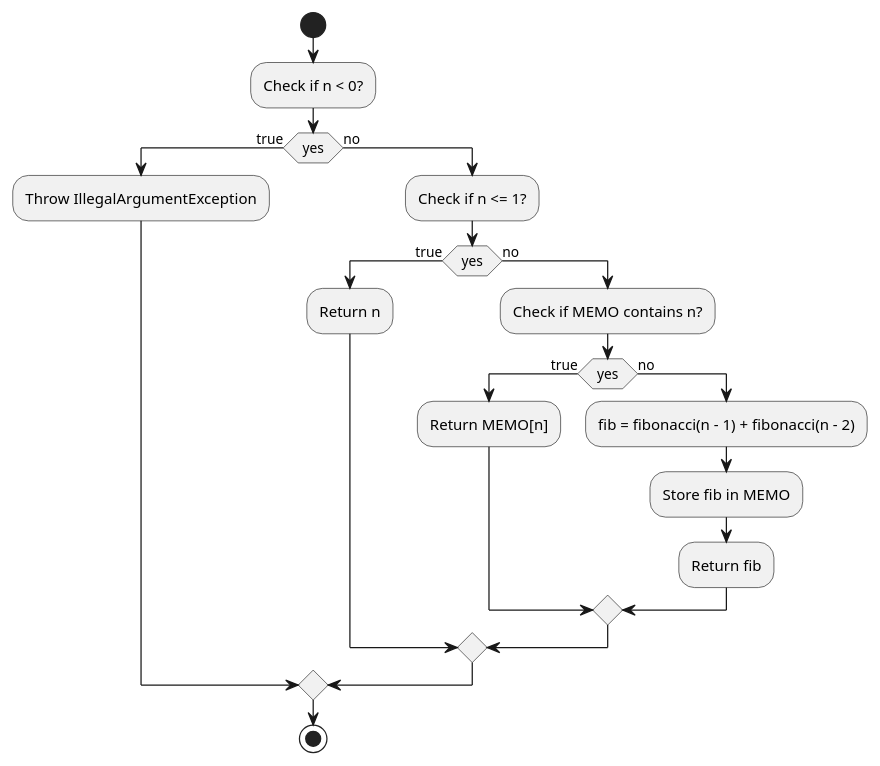
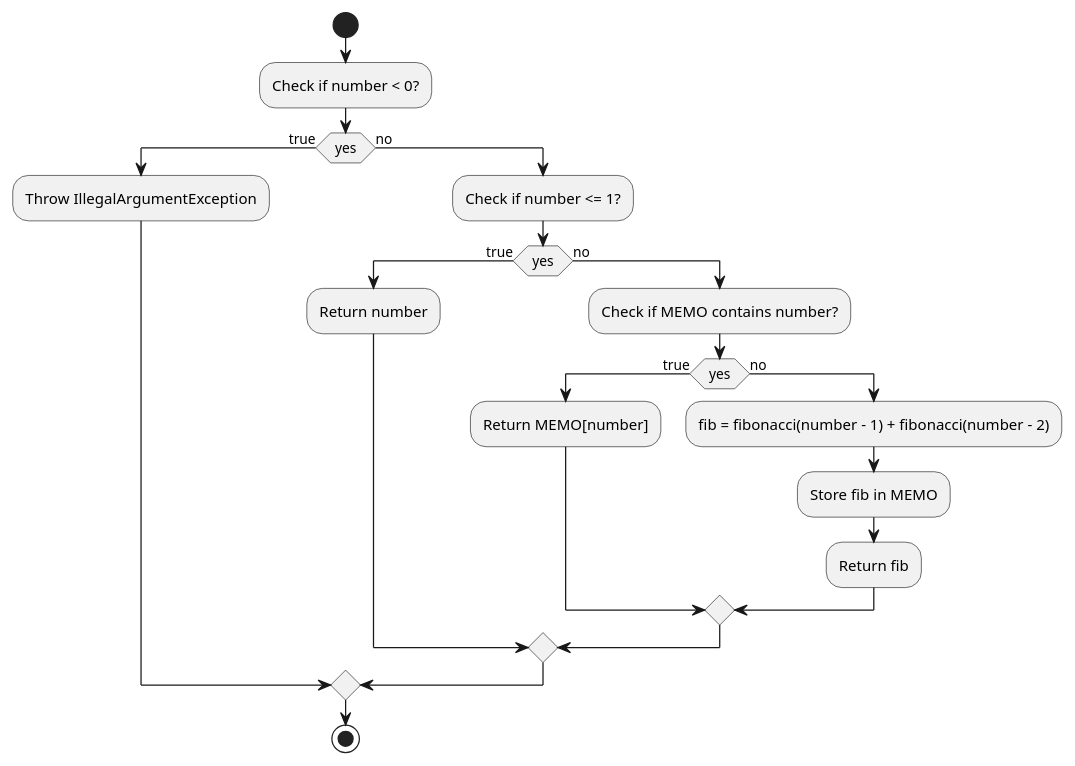
The diagram in diagrams/activity_diagrams/fibonacci_dp.puml (andriiiiiko/jd-homework-5), drawn with PlantUML before and after one commit. The commit also changed 11 other files, not shown here.

```diff
--- a/diagrams/activity_diagrams/fibonacci_dp.puml
+++ b/diagrams/activity_diagrams/fibonacci_dp.puml
@@ -1,24 +1,24 @@
 @startuml
 'https://plantuml.com/activity-diagram-beta
 
 start
-:Check if n < 0?;
+:Check if number < 0?;
 if (yes) then (true)
   :Throw IllegalArgumentException;
 else (no)
-  :Check if n <= 1?;
+  :Check if number <= 1?;
   if (yes) then (true)
-    :Return n;
+    :Return number;
   else (no)
-    :Check if MEMO contains n?;
+    :Check if MEMO contains number?;
     if (yes) then (true)
-      :Return MEMO[n];
+      :Return MEMO[number];
     else (no)
-      :fib = fibonacci(n - 1) + fibonacci(n - 2);
+      :fib = fibonacci(number - 1) + fibonacci(number - 2);
       :Store fib in MEMO;
       :Return fib;
     endif
   endif
 endif
 stop
 @enduml
```
